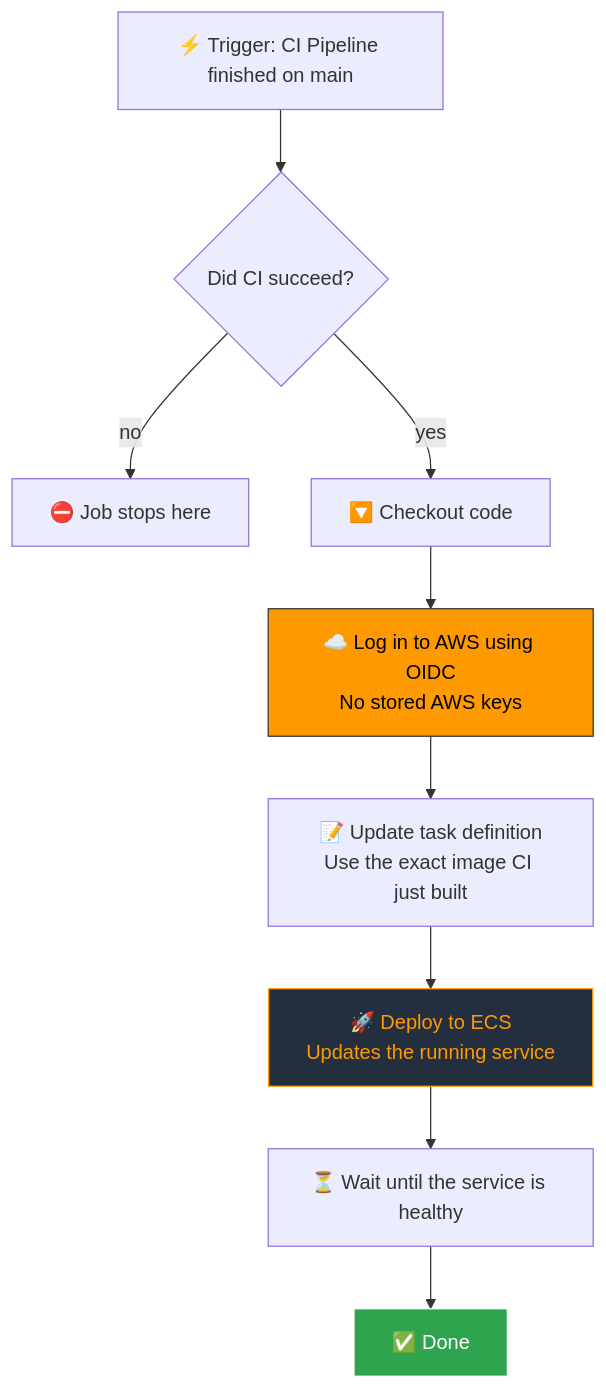
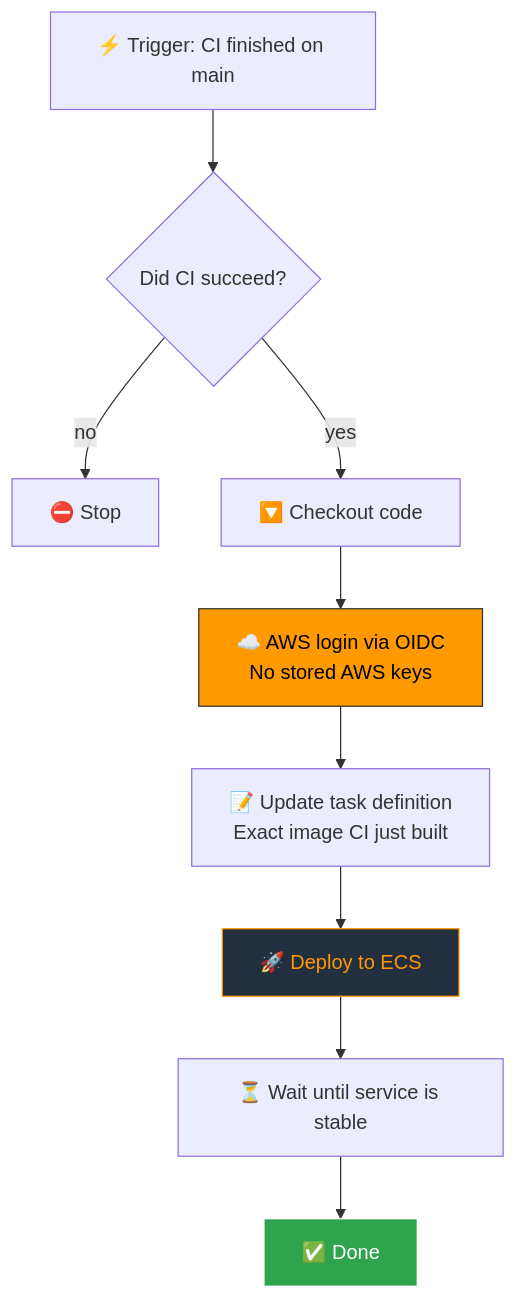
One commit to ArshadKhan-007/URL-SHORTENER-CI-CD-ECS changed the second of 3 diagrams in README.md. Above: the diagram before and after it, drawn with Mermaid. The commit also changed other lines of this file, not shown here.

````diff
--- a/README.md
+++ b/README.md
@@ -73,15 +89,15 @@
 ```mermaid
 flowchart TD
-    A["⚡ Trigger: CI Pipeline finished on main"] --> B{"Did CI succeed?"}
-    B -- "no" --> X["⛔ Job stops here"]
+    A["⚡ Trigger: CI finished on main"] --> B{"Did CI succeed?"}
+    B -- "no" --> X["⛔ Stop"]
     B -- "yes" --> C["🔽 Checkout code"]
-    C --> D["☁️ Log in to AWS using OIDC\nNo stored AWS keys"]
-    D --> E["📝 Update task definition\nUse the exact image CI just built"]
-    E --> F["🚀 Deploy to ECS\nUpdates the running service"]
-    F --> G["⏳ Wait until the service is healthy"]
+    C --> D["☁️ AWS login via OIDC<br/>No stored AWS keys"]
+    D --> E["📝 Update task definition<br/>Exact image CI just built"]
+    E --> F["🚀 Deploy to ECS"]
+    F --> G["⏳ Wait until service is stable"]
     G --> H["✅ Done"]
 
     style D fill:#FF9900,stroke:#333,color:#000
     style F fill:#232F3E,stroke:#FF9900,color:#FF9900
     style H fill:#2ea44f,stroke:#fff,color:#fff
 ```
````
